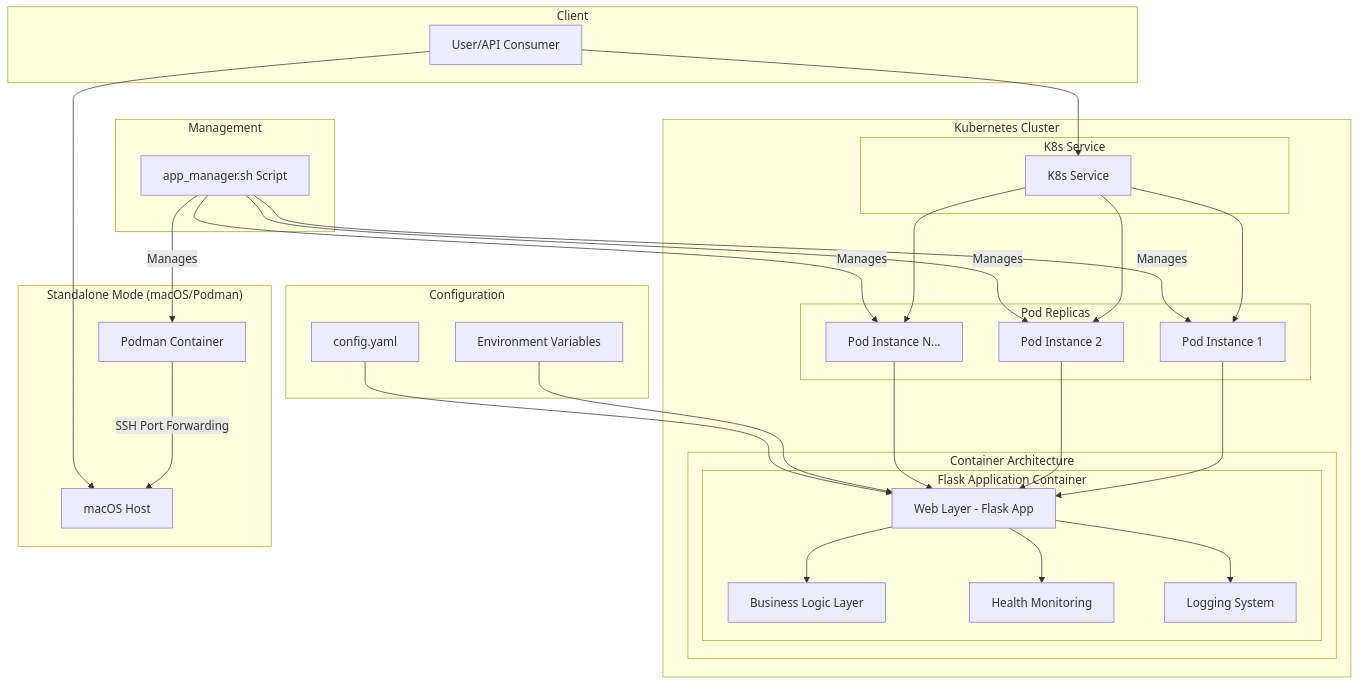
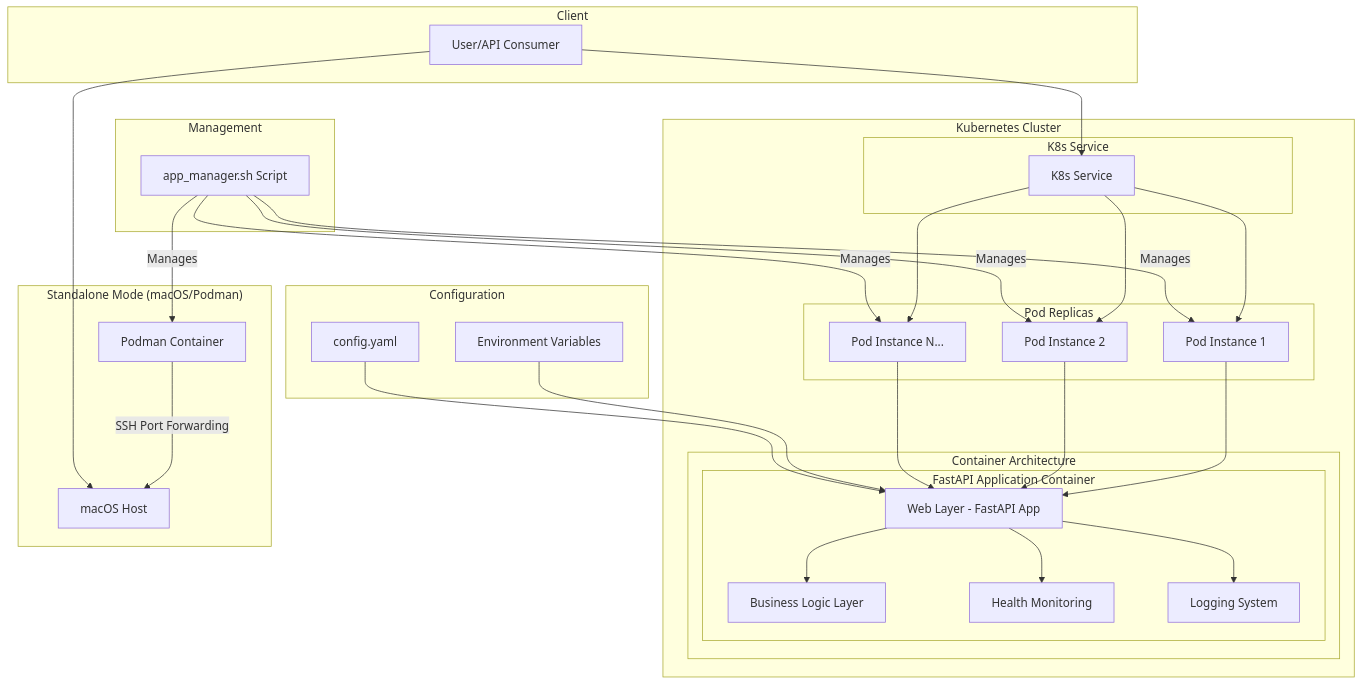
Before and after one commit to mrodgers/k8n_app: the first of 2 diagrams in docs/architecture.md, drawn with Mermaid. The commit also changed other lines of this file and 13 other files, not shown here.

````diff
--- a/docs/architecture.md
+++ b/docs/architecture.md
@@ -7,58 +7,58 @@
 ```mermaid
 graph TD
     subgraph "Client"
         User[User/API Consumer]
     end
 
     subgraph "Kubernetes Cluster"
         subgraph "K8s Service"
             Service[K8s Service]
         end
         
         subgraph "Pod Replicas"
             Pod1[Pod Instance 1]
             Pod2[Pod Instance 2]
             Pod3[Pod Instance N...]
         end
         
         subgraph "Container Architecture"
-            subgraph "Flask Application Container"
-                Flask[Web Layer - Flask App] --> BL[Business Logic Layer]
-                Flask --> Health[Health Monitoring]
-                Flask --> Log[Logging System]
+            subgraph "FastAPI Application Container"
+                FastAPI[Web Layer - FastAPI App] --> BL[Business Logic Layer]
+                FastAPI --> Health[Health Monitoring]
+                FastAPI --> Log[Logging System]
             end
         end
     end
     
     subgraph "Standalone Mode (macOS/Podman)"
         Podman[Podman Container] --> |SSH Port Forwarding| Mac[macOS Host]
     end
     
     User --> Service
     Service --> Pod1
     Service --> Pod2
     Service --> Pod3
     
-    Pod1 --> Flask
-    Pod2 --> Flask
-    Pod3 --> Flask
+    Pod1 --> FastAPI
+    Pod2 --> FastAPI
+    Pod3 --> FastAPI
     
     User --> Mac
     
     subgraph "Management"
         Script[app_manager.sh Script]
     end
     
     Script --> |Manages| Podman
     Script --> |Manages| Pod1
     Script --> |Manages| Pod2
     Script --> |Manages| Pod3
     
     subgraph "Configuration"
         EnvVars[Environment Variables]
         ConfigFile[config.yaml]
     end
     
-    EnvVars --> Flask
-    ConfigFile --> Flask
+    EnvVars --> FastAPI
+    ConfigFile --> FastAPI
 ```
````
